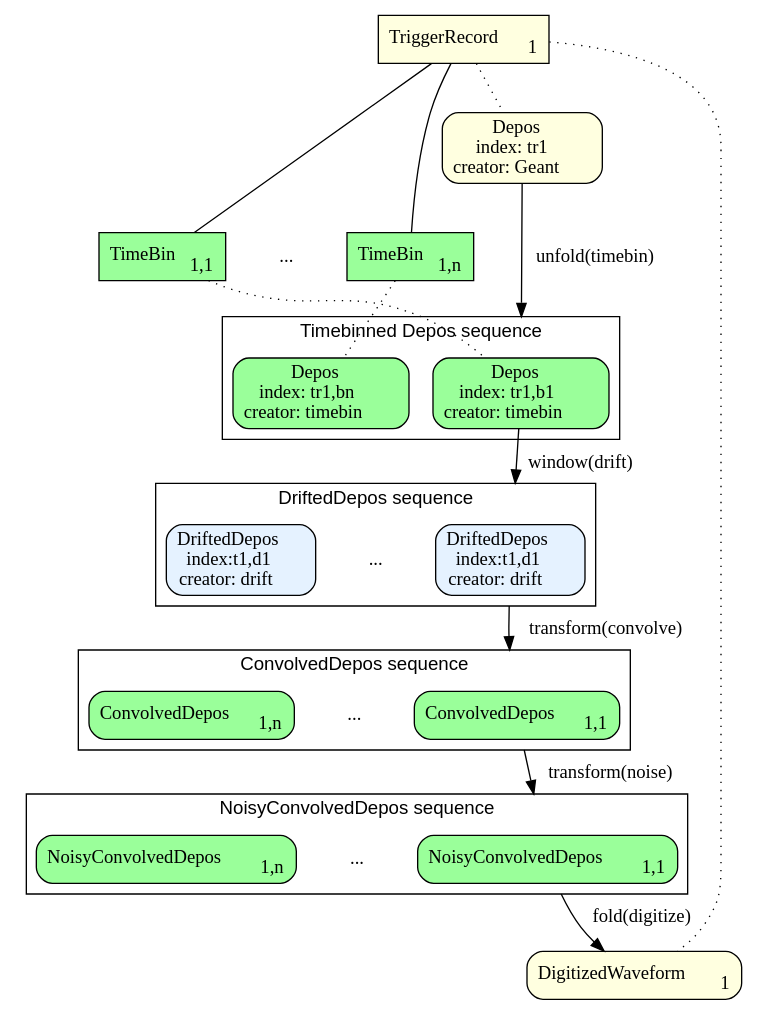
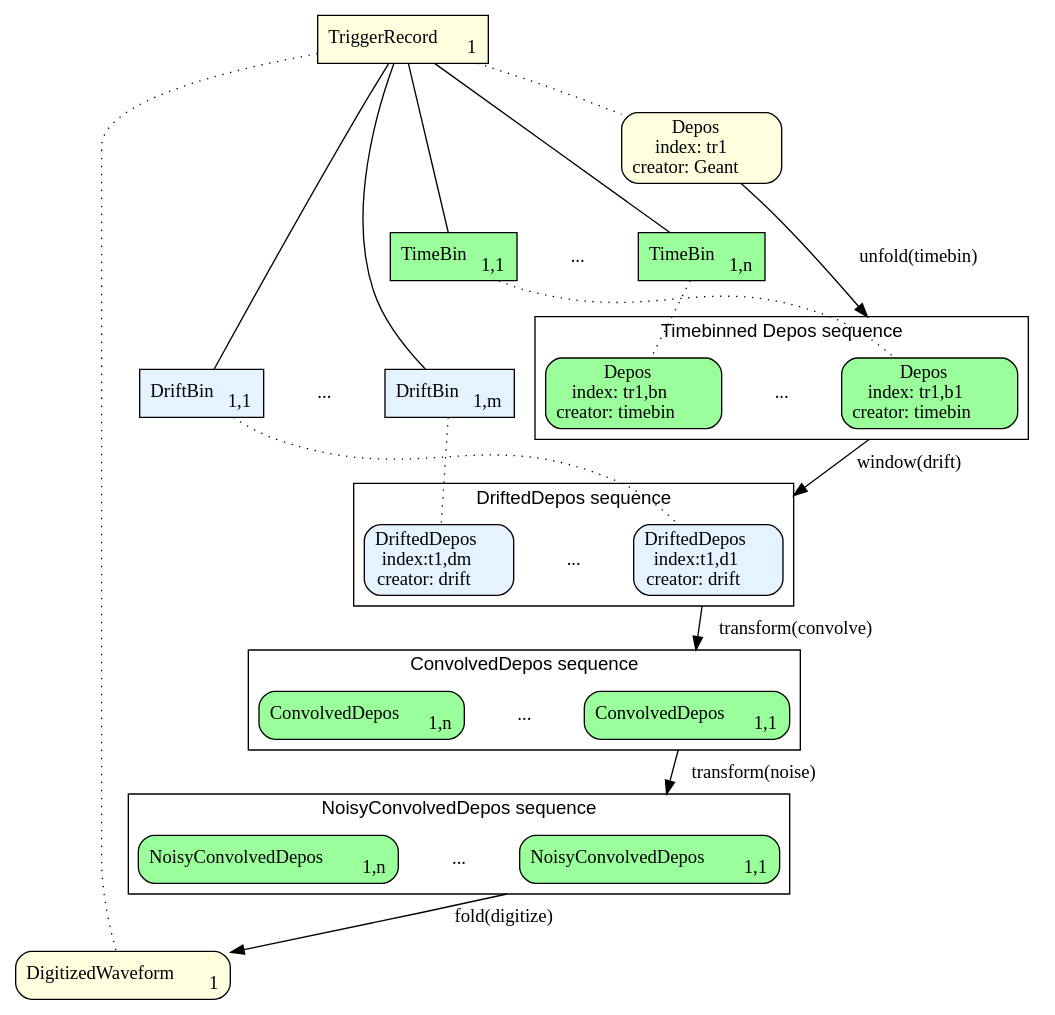
One commit to Framework-R-D/phlex-design changed the diagram in workflows/wirecell-charge-waveform-sim.gv. Above: the diagram before and after it, drawn with Graphviz.

Commit message:
Get diagram closer to intended workflow

```diff
--- a/workflows/wirecell-charge-waveform-sim.gv
+++ b/workflows/wirecell-charge-waveform-sim.gv
@@ -1,79 +1,94 @@
 digraph g {
  fontname="sans-serif";
  compound=true;
 
  # All data product sets are in rectangular nodes
  node [shape=box, style=filled];
  tr1 [label=<TriggerRecord<sub>1</sub>>, fillcolor=lightyellow];
 
  subgraph cluster_tb{
   peripheries=0
   tb1 [label=<TimeBin<sub>1,1</sub>>, fillcolor=palegreen1];
   tbdots [label="...", shape=plaintext, style=rounded, margin=0]
   tb2 [label=<TimeBin<sub>1,n</sub>>, fillcolor=palegreen1];
  }
 
  # Data product sets are connected with data products by solid lines.
  edge [style=solid, arrowhead=none];
  tr1 -> tb1;
  tr1 -> tb2;
 
 
  # All data products are in rounded rectangle nodes
  node [shape=box, style="filled,rounded"]
 
  # TR-level products are yellow
  node [fillcolor=lightyellow]
  depos [label=<Depos<br/>index: tr1<br/>creator: Geant>]
  dw [label=<DigitizedWaveform<sub>1</sub>>];
  
  subgraph cluster_unfold_timebins {
   label="Timebinned Depos sequence";
   node [fillcolor=palegreen1];
   tbd1 [label=<Depos<br/>index: tr1,b1<br/>creator: timebin>];
-  tbdots [label="...", shape=plaintext, style=rounded, margin=0]
+  tbddots [label="...", shape=plaintext, style=rounded, margin=0]
   tbdn [label=<Depos<br/>index: tr1,bn<br/>creator: timebin>];
  }
 
  depos -> tb2 [style=invis]
 
  # TB-level products are palegreen1
  node [fillcolor=palegreen1]
 
+
+ subgraph cluster_db {
+  peripheries=0
+  node [fillcolor="0.583,0.1,1.0", shape=box, style=filled];
+  db1 [label=<DriftBin<sub>1,1</sub>>];
+  dbdots [label="...", shape=plaintext, style=rounded, margin=0]
+  dbm [label=<DriftBin<sub>1,m</sub>>];
+ }
+
+ tr1 -> db1;
+ tr1 -> dbm;
+
   subgraph cluster_unfold {
    label="DriftedDepos sequence";
    node [fillcolor="0.583,0.1,1.0"];
    dd1 [label=<DriftedDepos<br/>index:t1,d1<br/>creator: drift>];
    ddots [label="...", shape=plaintext, style=rounded, margin=0]
-   ddn [label=<DriftedDepos<br/>index:t1,d1<br/>creator: drift>];
+   ddm [label=<DriftedDepos<br/>index:t1,dm<br/>creator: drift>];
   }
+
 
   subgraph cluster_conv {
     label="ConvolvedDepos sequence";
     cd1 [label=<ConvolvedDepos<sub>1,1</sub>>];
     cdots [label="...", shape=plaintext, style=rounded, margin=0]
     cdn [label=<ConvolvedDepos<sub>1,n</sub>>];
   }
 
  subgraph cluster_noise {
    label="NoisyConvolvedDepos sequence";
    ncd1 [label=<NoisyConvolvedDepos<sub>1,1</sub>>];
    ndots [label="...", shape=plaintext, style=rounded, margin=0]
    ncdn [label=<NoisyConvolvedDepos<sub>1,n</sub>>];
  }
 
  # Data products are connected with data product sets by dotted lines.
  edge [style=dotted, arrowhead=none];
  tr1 -> depos;
  tb1 -> tbd1;
  tb2 -> tbdn;
  tr1 -> dw;
+ db1 -> dd1;
+ dbm -> ddm;
 
  # Algorithms creating data products are indicated by arrows with solid lines.
  edge [style=solid, arrowhead=normal];
  depos -> tbd1 [label="unfold(timebin)", lhead=cluster_unfold_timebins];
- tbd1 -> dd1 [label="window(drift)", lhead=cluster_unfold];
+ tbd1 -> dd1 [label="window(drift)", ltail=cluster_unfold_timebins, lhead=cluster_unfold];
  dd1 -> cd1 [label="transform(convolve)", ltail=cluster_unfold, lhead=cluster_conv];
  cd1 -> ncd1 [label="transform(noise)", ltail=cluster_conv, lhead=cluster_noise];
  ncd1 -> dw [label="fold(digitize)", ltail=cluster_noise];
 }
```
